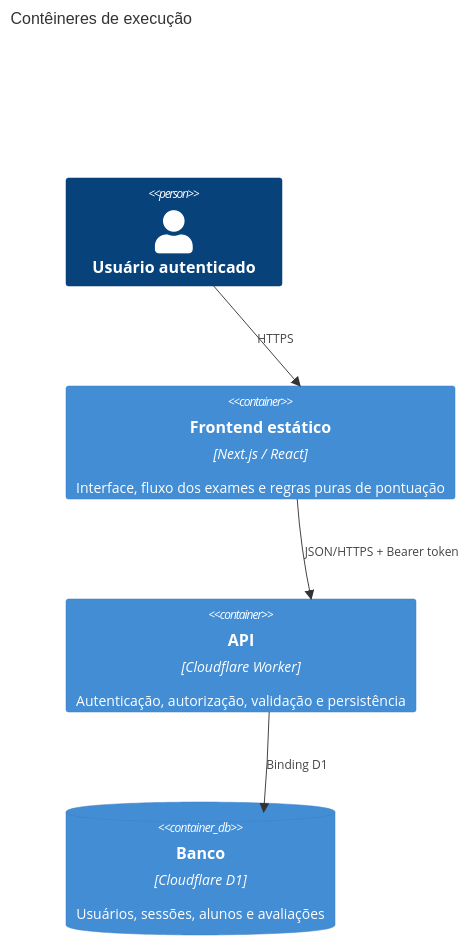
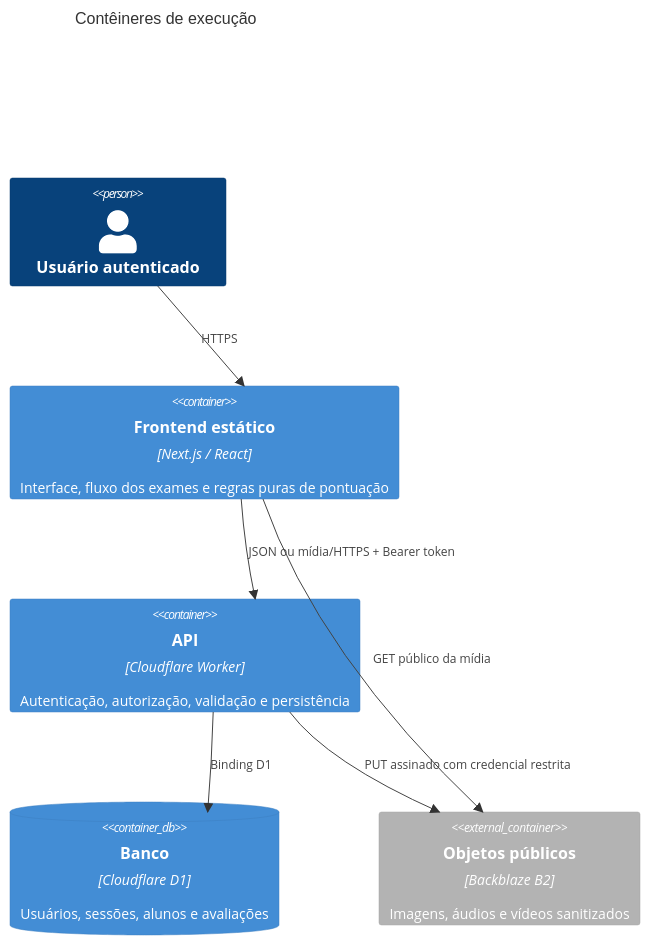
One commit to ArthurViniNunes/judo-exam-platform changed the second of 4 diagrams in docs/architecture/README.md. Above: the diagram before and after it, drawn with Mermaid. The commit also changed other lines of this file and 6 other files, not shown here.

````diff
--- a/docs/architecture/README.md
+++ b/docs/architecture/README.md
@@ -36,12 +38,15 @@
 ```mermaid
 C4Container
   title Contêineres de execução
   Person(user, "Usuário autenticado")
   Container(frontend, "Frontend estático", "Next.js / React", "Interface, fluxo dos exames e regras puras de pontuação")
   Container(api, "API", "Cloudflare Worker", "Autenticação, autorização, validação e persistência")
   ContainerDb(db, "Banco", "Cloudflare D1", "Usuários, sessões, alunos e avaliações")
+  Container_Ext(media, "Objetos públicos", "Backblaze B2", "Imagens, áudios e vídeos sanitizados")
 
   Rel(user, frontend, "HTTPS")
-  Rel(frontend, api, "JSON/HTTPS + Bearer token")
+  Rel(frontend, api, "JSON ou mídia/HTTPS + Bearer token")
   Rel(api, db, "Binding D1")
+  Rel(api, media, "PUT assinado com credencial restrita")
+  Rel(frontend, media, "GET público da mídia")
 ```
````
